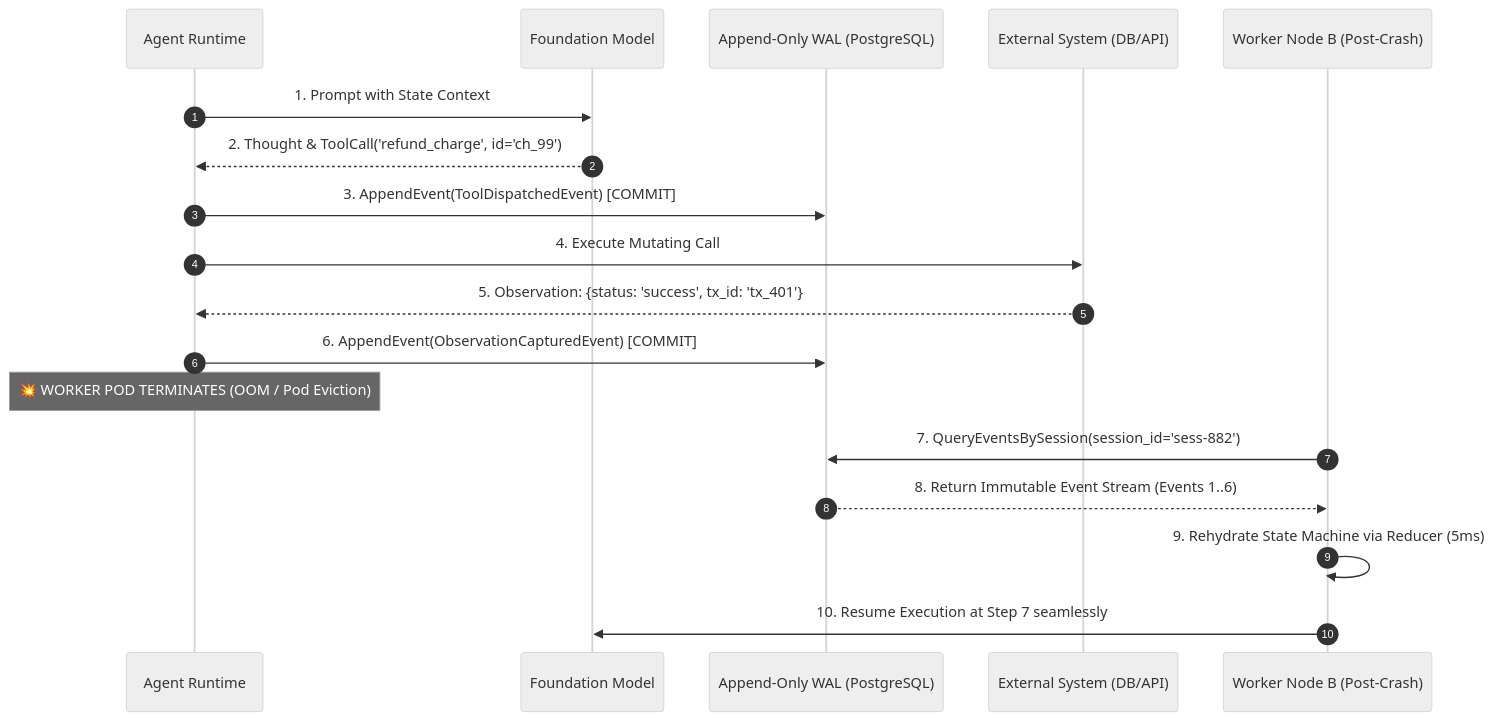
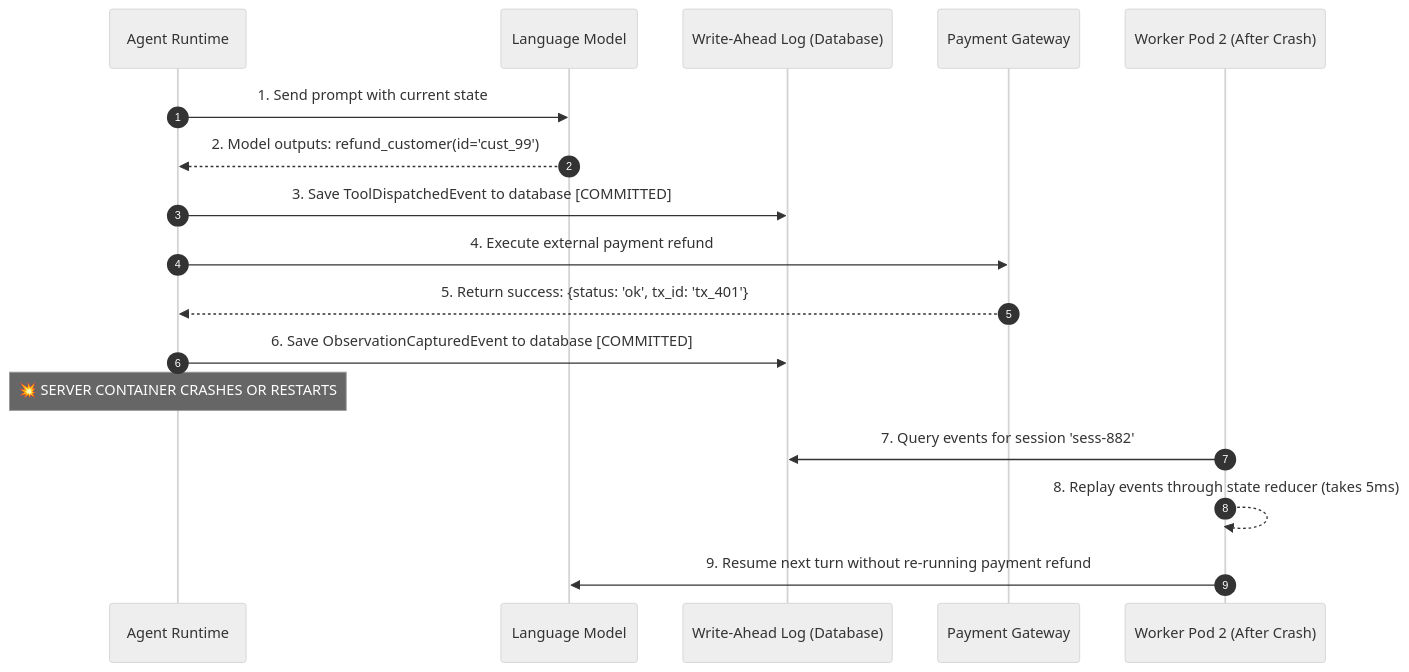
Before and after one commit to dip4k/senior-engineer-to-ai-engineer-roadmap: the third of 6 diagrams in 04-agentic-systems-and-orchestration/03-stateful-sessions-and-durable-wal-persistence.md, drawn with Mermaid (neutral theme). The commit also changed other lines of this file and 11 other files, not shown here.

````diff
--- a/04-agentic-systems-and-orchestration/03-stateful-sessions-and-durable-wal-persistence.md
+++ b/04-agentic-systems-and-orchestration/03-stateful-sessions-and-durable-wal-persistence.md
@@ -87,23 +84,22 @@
 ```mermaid
 sequenceDiagram
     autonumber
     participant Runtime as Agent Runtime
-    participant LLM as Foundation Model
-    participant WAL as Append-Only WAL (PostgreSQL)
-    participant Tool as External System (DB/API)
-    participant Worker2 as Worker Node B (Post-Crash)
+    participant LLM as Language Model
+    participant WAL as Write-Ahead Log (Database)
+    participant Tool as Payment Gateway
+    participant Worker2 as Worker Pod 2 (After Crash)
 
-    Runtime->>LLM: 1. Prompt with State Context
-    LLM-->>Runtime: 2. Thought & ToolCall('refund_charge', id='ch_99')
-    Runtime->>WAL: 3. AppendEvent(ToolDispatchedEvent) [COMMIT]
-    Runtime->>Tool: 4. Execute Mutating Call
-    Tool-->>Runtime: 5. Observation: {status: 'success', tx_id: 'tx_401'}
-    Runtime->>WAL: 6. AppendEvent(ObservationCapturedEvent) [COMMIT]
+    Runtime->>LLM: 1. Send prompt with current state
+    LLM-->>Runtime: 2. Model outputs: refund_customer(id='cust_99')
+    Runtime->>WAL: 3. Save ToolDispatchedEvent to database [COMMITTED]
+    Runtime->>Tool: 4. Execute external payment refund
+    Tool-->>Runtime: 5. Return success: {status: 'ok', tx_id: 'tx_401'}
+    Runtime->>WAL: 6. Save ObservationCapturedEvent to database [COMMITTED]
     
-    Note over Runtime: 💥 WORKER POD TERMINATES (OOM / Pod Eviction)
+    Note over Runtime: 💥 SERVER CONTAINER CRASHES OR RESTARTS
     
-    Worker2->>WAL: 7. QueryEventsBySession(session_id='sess-882')
-    WAL-->>Worker2: 8. Return Immutable Event Stream (Events 1..6)
-    Worker2->>Worker2: 9. Rehydrate State Machine via Reducer (5ms)
-    Worker2->>LLM: 10. Resume Execution at Step 7 seamlessly
+    Worker2->>WAL: 7. Query events for session 'sess-882'
+    Worker2-->>Worker2: 8. Replay events through state reducer (takes 5ms)
+    Worker2->>LLM: 9. Resume next turn without re-running payment refund
 ```
````
